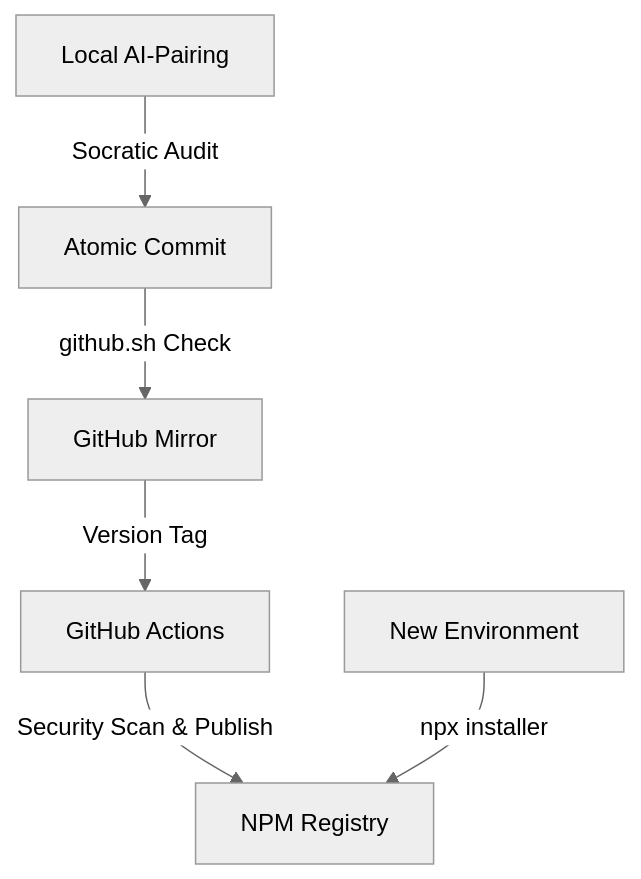
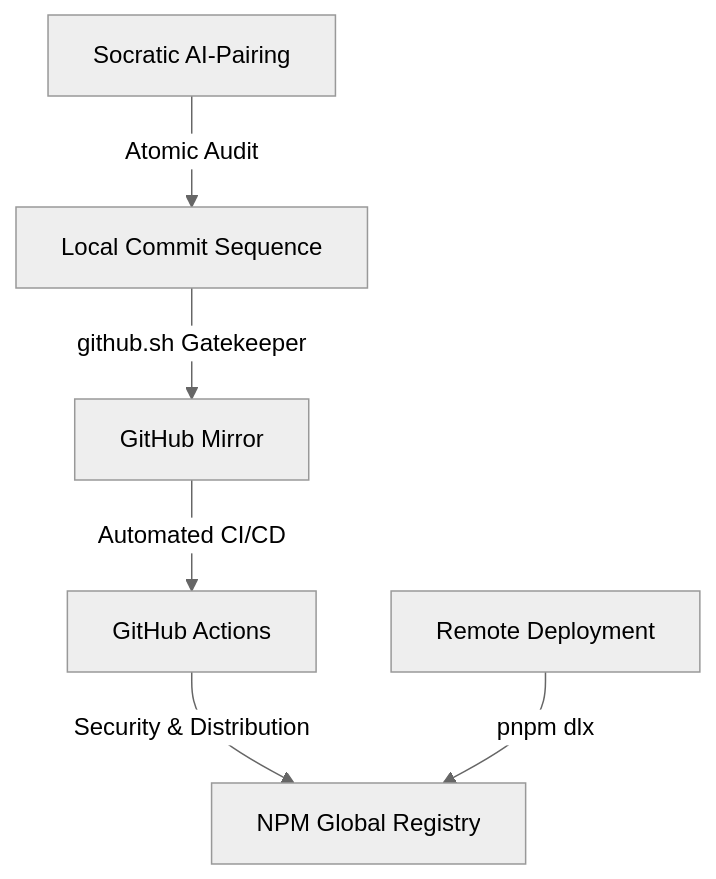
Before and after one commit to wistant/dotfiles: the diagram in README.md, drawn with Mermaid (neutral theme). The commit also changed other lines of this file and 1 other file, not shown here.

Commit message:
docs(readme): redesign v6 - horizontal premium header and architectural storytelling

````diff
--- a/README.md
+++ b/README.md
@@ -34,8 +49,8 @@
 ```mermaid
 graph TD
-    A[Local AI-Pairing] -- Socratic Audit --> B[Atomic Commit]
-    B -- github.sh Check --> C[GitHub Mirror]
-    C -- Version Tag --> D[GitHub Actions]
-    D -- Security Scan & Publish --> E[NPM Registry]
-    F[New Environment] -- npx installer --> E
+    A[Socratic AI-Pairing] -- Atomic Audit --> B[Local Commit Sequence]
+    B -- github.sh Gatekeeper --> C[GitHub Mirror]
+    C -- Automated CI/CD --> D[GitHub Actions]
+    D -- Security & Distribution --> E[NPM Global Registry]
+    F[Remote Deployment] -- pnpm dlx --> E
 ```
````
